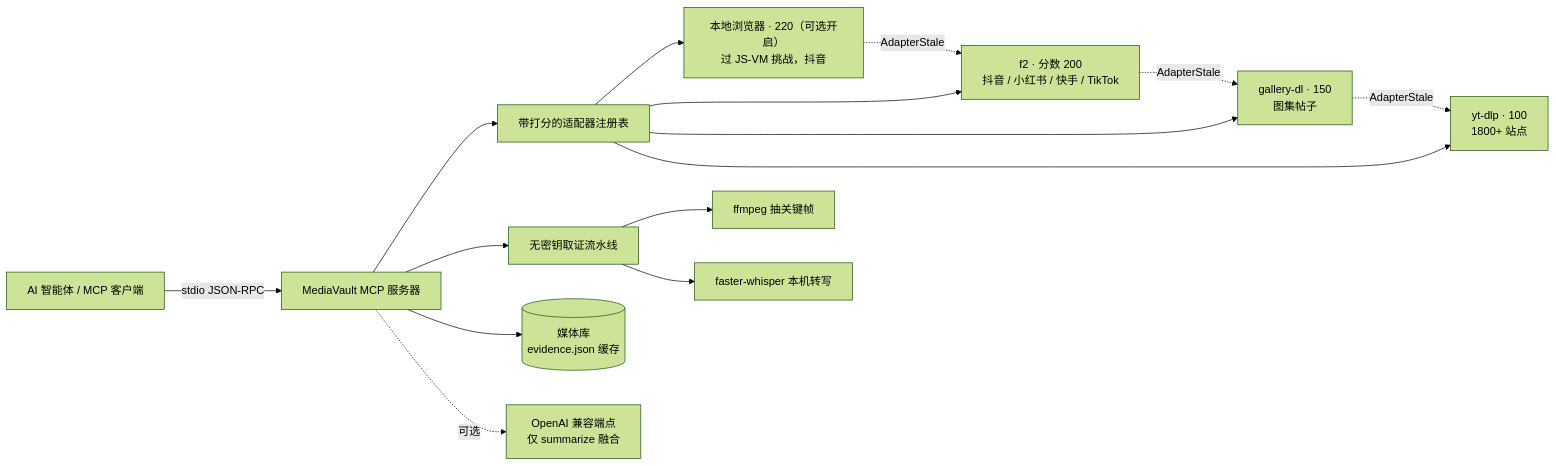
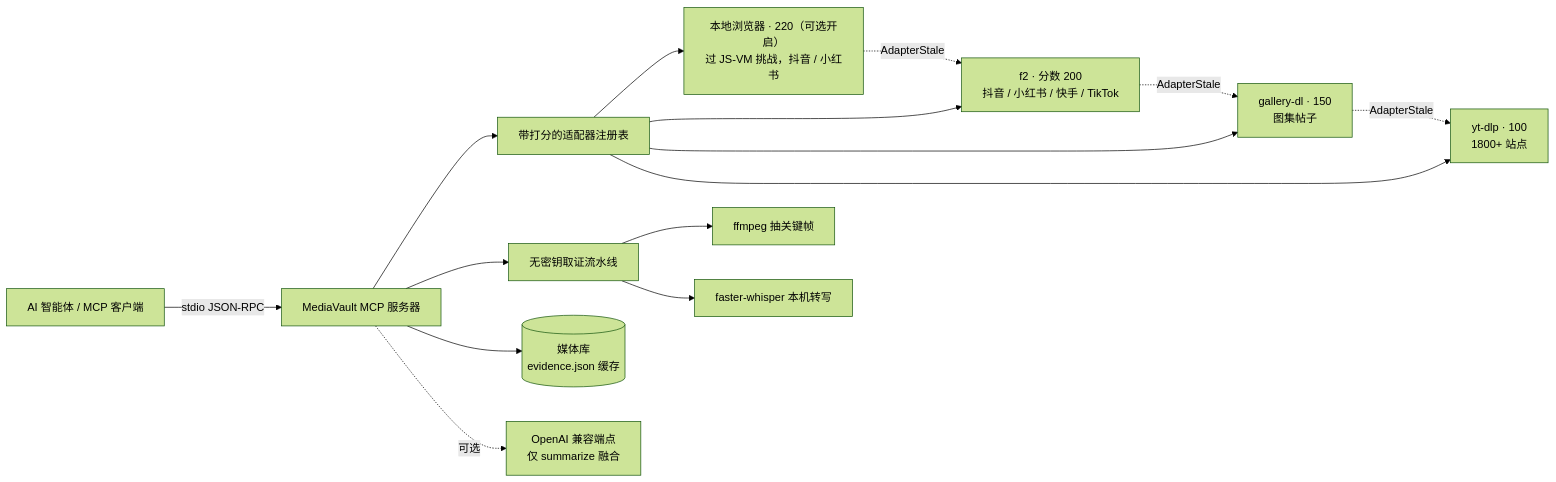
The diagram in README.zh-CN.md (Majiturbo/mediavault-mcp), drawn with Mermaid (forest theme) before and after one commit. The commit also changed other lines of this file and 10 other files, not shown here.

````diff
--- a/README.zh-CN.md
+++ b/README.zh-CN.md
@@ -32,16 +32,16 @@
 ```mermaid
 flowchart LR
     A[AI 智能体 / MCP 客户端] -->|stdio JSON-RPC| B[MediaVault MCP 服务器]
     B --> C[带打分的适配器注册表]
-    C --> D0["本地浏览器 · 220（可选开启）<br/>过 JS-VM 挑战，抖音"]
+    C --> D0["本地浏览器 · 220（可选开启）<br/>过 JS-VM 挑战，抖音 / 小红书"]
     C --> D1["f2 · 分数 200<br/>抖音 / 小红书 / 快手 / TikTok"]
     C --> D2["gallery-dl · 150<br/>图集帖子"]
     C --> D3["yt-dlp · 100<br/>1800+ 站点"]
     D0 -. AdapterStale .-> D1
     D1 -. AdapterStale .-> D2 -. AdapterStale .-> D3
     B --> E[无密钥取证流水线]
     E --> Gf[ffmpeg 抽关键帧]
     E --> Gw[faster-whisper 本机转写]
     B --> H[("媒体库<br/>evidence.json 缓存")]
     B -. 可选 .-> I[OpenAI 兼容端点<br/>仅 summarize 融合]
 ```
````
